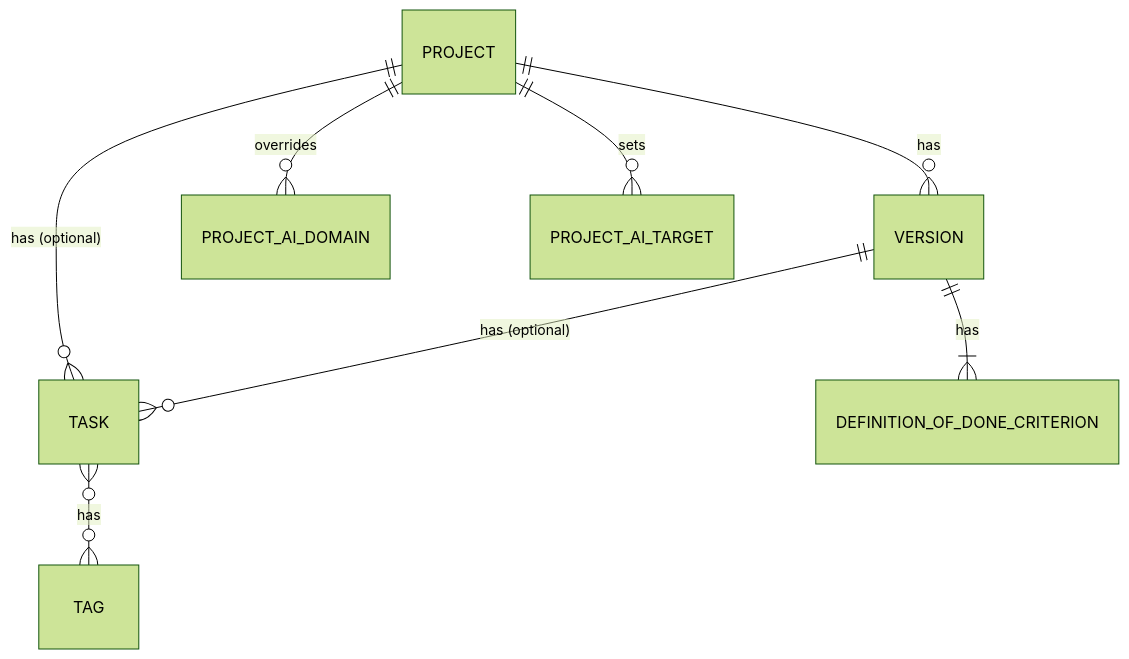
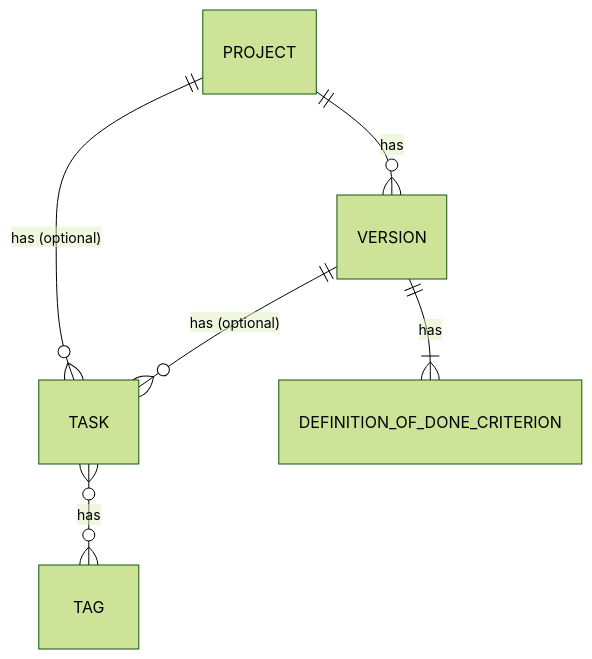
The first of 3 diagrams in docs/architecture/overview.md (David-Bambi/nexus), drawn with Mermaid (forest theme) before and after one commit. The commit also changed other lines of this file and 45 other files, not shown here.

````diff
--- a/docs/architecture/overview.md
+++ b/docs/architecture/overview.md
@@ -13,10 +13,8 @@
 ```mermaid
 erDiagram
     PROJECT ||--o{ VERSION : has
     PROJECT ||--o{ TASK : "has (optional)"
     VERSION ||--o{ TASK : "has (optional)"
     VERSION ||--|{ DEFINITION_OF_DONE_CRITERION : has
     TASK }o--o{ TAG : has
-    PROJECT ||--o{ PROJECT_AI_DOMAIN : overrides
-    PROJECT ||--o{ PROJECT_AI_TARGET : sets
 ```
````
